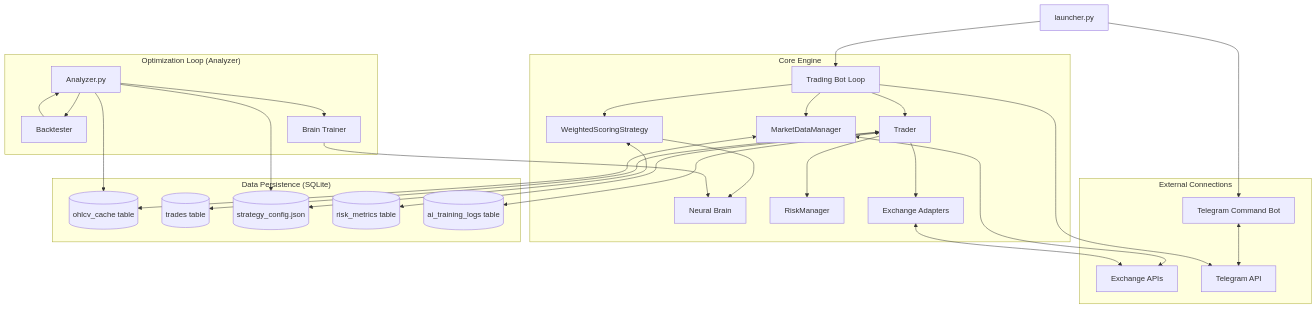
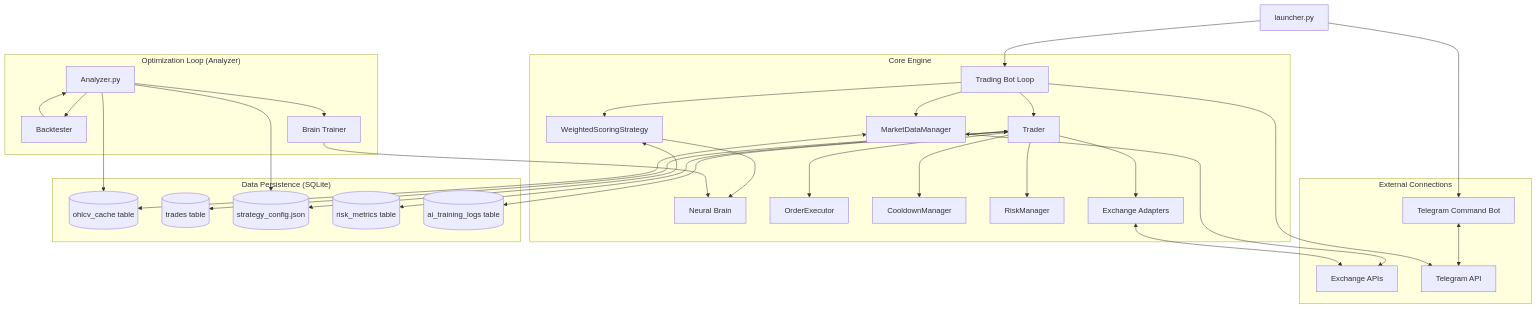
The diagram in .brain/knowledge.md (nguyenkhai1203/trading-bot), drawn with Mermaid before and after one commit. The commit also changed other lines of this file and 7 other files, not shown here.

````diff
--- a/.brain/knowledge.md
+++ b/.brain/knowledge.md
@@ -9,38 +9,40 @@
 ```mermaid
 graph TD
     A[launcher.py] --> B[Trading Bot Loop]
     A --> C[Telegram Command Bot]
     
     subgraph "Core Engine"
         B --> D[MarketDataManager]
         B --> E[WeightedScoringStrategy]
         E --> F[Neural Brain]
         B --> G[Trader]
+        G --> G1[OrderExecutor]
+        G --> G2[CooldownManager]
         G --> H[RiskManager]
         G --> Z[Exchange Adapters]
     end
     
     subgraph "External Connections"
         D <--> I[Exchange APIs]
         Z <--> I
         C <--> J[Telegram API]
         B --> J
     end
     
     subgraph "Data Persistence (SQLite)"
         D <--> K[(ohlcv_cache table)]
         G <--> L[(trades table)]
         E <--> M[(strategy_config.json)]
         G <--> N[(risk_metrics table)]
         G <--> O[(ai_training_logs table)]
     end
 
     subgraph "Optimization Loop (Analyzer)"
         P[Analyzer.py] --> K
         P --> M
         P --> Q[Backtester]
         Q --> P
         P --> R[Brain Trainer]
         R --> F
     end
 ```
````
